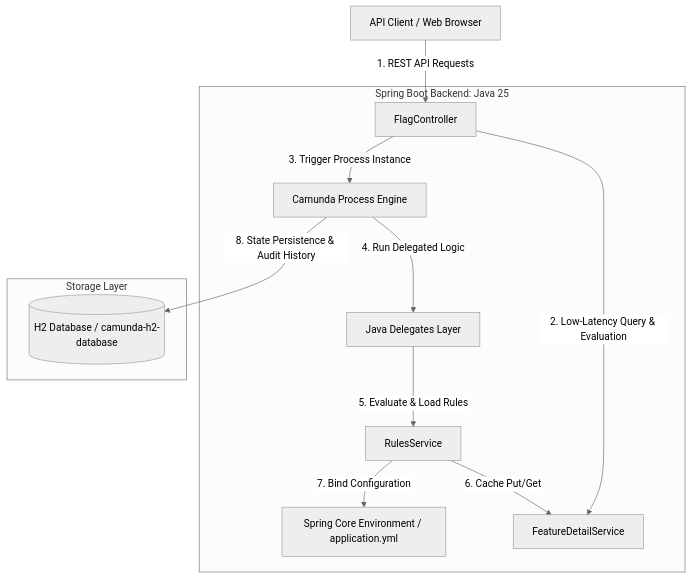
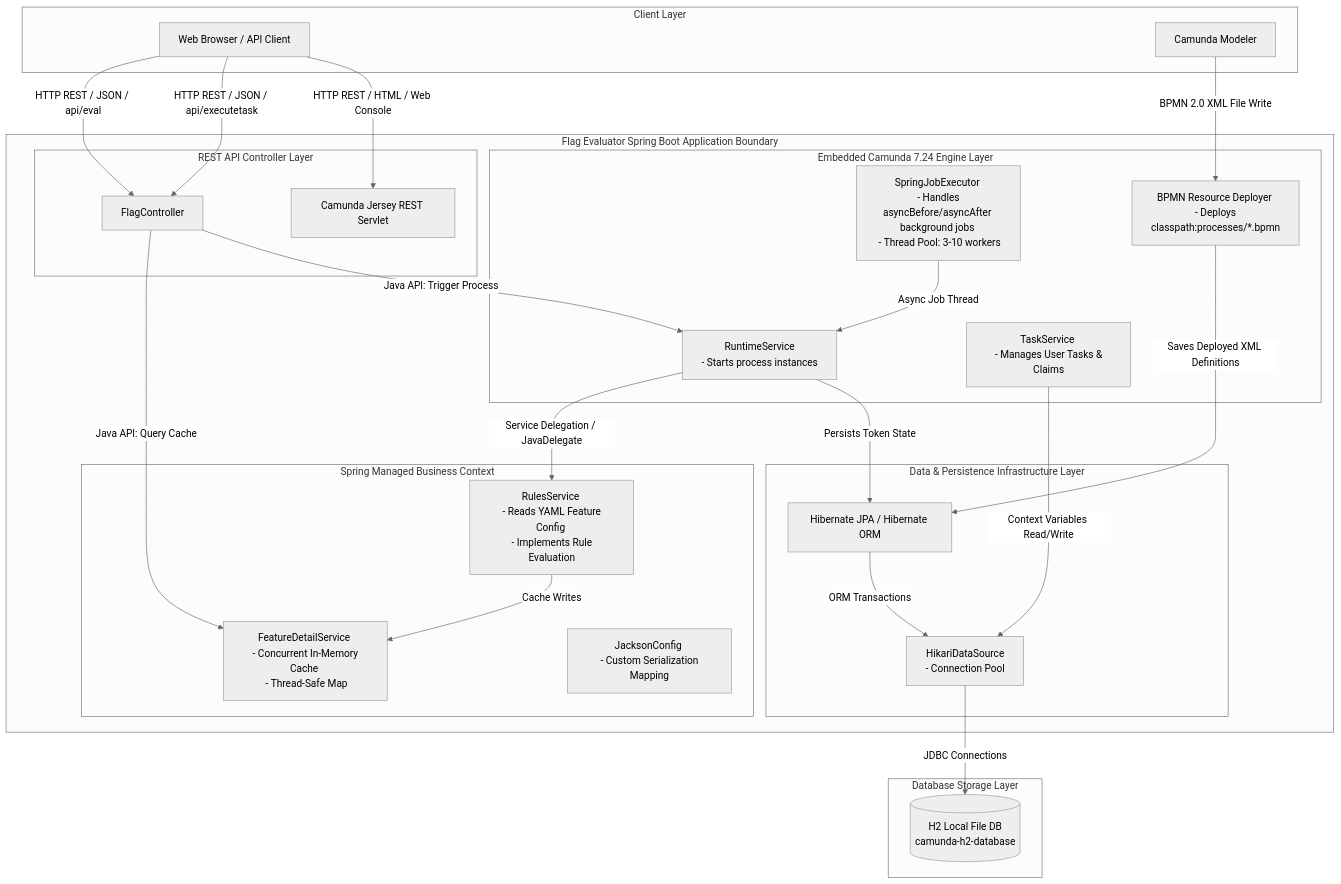
One commit to conorheffron/rules-engine changed the first of 4 diagrams in architecture.md. Above: the diagram before and after it, drawn with Mermaid (neutral theme). The commit also changed other lines of this file and 1 other file, not shown here.

Commit message:
Update architecture.md & README.md

````diff
--- a/architecture.md
+++ b/architecture.md
@@ -21,19 +14,56 @@
 ```mermaid
-graph TD
-    Client[API Client / Web Browser] -->|1. REST API Requests| Controller[FlagController]
+graph TB
+    subgraph Client Layer
+        Browser[Web Browser / API Client]
+        Modeler[Camunda Modeler]
+    end
+
+    subgraph Flag Evaluator Spring Boot Application Boundary
+        subgraph REST API Controller Layer
+            FC[FlagController]
+            JerseyREST[Camunda Jersey REST Servlet]
+        end
+
+        subgraph Spring Managed Business Context
+            RulesService[RulesService <br> - Reads YAML Feature Config <br> - Implements Rule Evaluation]
+            Cache[FeatureDetailService <br> - Concurrent In-Memory Cache <br> - Thread-Safe Map]
+            Jackson[JacksonConfig <br> - Custom Serialization Mapping]
+        end
+
+        subgraph Embedded Camunda 7.24 Engine Layer
+            Runtime[RuntimeService <br> - Starts process instances]
+            TaskService[TaskService <br> - Manages User Tasks & Claims]
+            JobExec[SpringJobExecutor <br> - Handles asyncBefore/asyncAfter background jobs <br> - Thread Pool: 3-10 workers]
+            Deployer[BPMN Resource Deployer <br> - Deploys classpath:processes/*.bpmn]
+        end
+
+        subgraph Data & Persistence Infrastructure Layer
+            Hikari[HikariDataSource <br> - Connection Pool]
+            JPA[Hibernate JPA / Hibernate ORM]
+        end
+    end
+
+    subgraph Database Storage Layer
+        H2[(H2 Local File DB <br> camunda-h2-database)]
+    end
+
+    %% Network & Interface Protocols
+    Browser -->|HTTP REST / JSON / api/eval| FC
+    Browser -->|HTTP REST / JSON / api/executetask| FC
+    Browser -->|HTTP REST / HTML / Web Console| JerseyREST
+    Modeler -->|BPMN 2.0 XML File Write| Deployer
     
-    subgraph Spring Boot Backend: Java 25
-        Controller -->|2. Low-Latency Query & Evaluation| Cache[FeatureDetailService]
-        Controller -->|3. Trigger Process Instance| Camunda[Camunda Process Engine]
-        
-        Camunda -->|4. Run Delegated Logic| Delegates[Java Delegates Layer]
-        Delegates -->|5. Evaluate & Load Rules| RulesService[RulesService]
-        RulesService -->|6. Cache Put/Get| Cache
-        
-        RulesService -->|7. Bind Configuration| Properties[Spring Core Environment / application.yml]
-    end
+    %% Engine & Service Wiring
+    FC -->|Java API: Query Cache| Cache
+    FC -->|Java API: Trigger Process| Runtime
+    Runtime -->|Service Delegation / JavaDelegate| RulesService
+    RulesService -->|Cache Writes| Cache
+    TaskService -->|Context Variables Read/Write| Hikari
+    JobExec -->|Async Job Thread| Runtime
     
-    subgraph Storage Layer
-        Camunda -->|8. State Persistence & Audit History| H2[(H2 Database / camunda-h2-database)]
-    end
+    %% Storage connections
+    Hikari -->|JDBC Connections| H2
+    JPA -->|ORM Transactions| Hikari
+    Deployer -->|Saves Deployed XML Definitions| JPA
+    Runtime -->|Persists Token State| JPA
 ```
````
